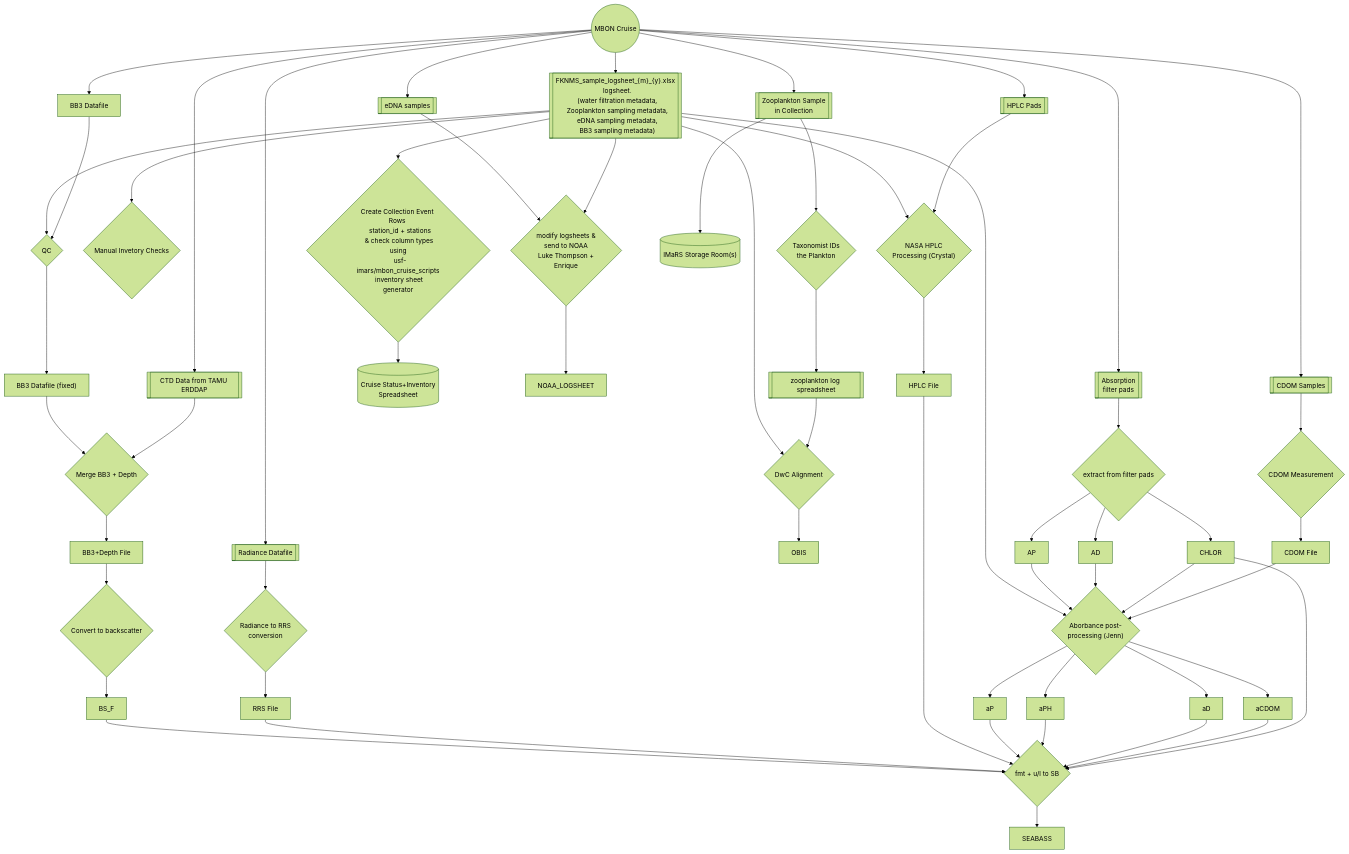
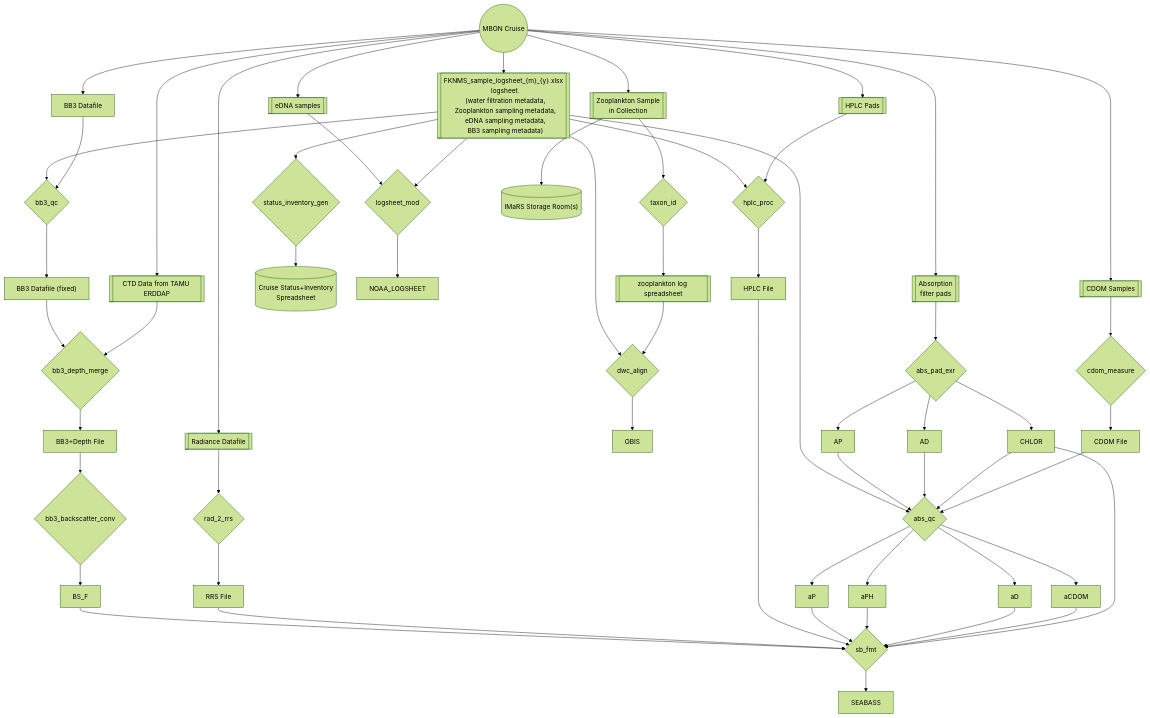
One commit to USF-IMARS/data-docs changed the diagram in raw_data_collection_event_types/MBON_cruises/README.md. Above: the diagram before and after it, drawn with Mermaid (forest theme). The commit also changed other lines of this file, not shown here.

Commit message:
shorten names of processes & + proces descrip table

````diff
--- a/raw_data_collection_event_types/MBON_cruises/README.md
+++ b/raw_data_collection_event_types/MBON_cruises/README.md
@@ -56,76 +56,64 @@
 "]]
 
 %% === inventory pipeline
-LOGSHEET --> ROWS{"
-  Create Collection Event Rows 
-  station_id + stations
-  & check column types using
-  usf-imars/mbon_cruise_scripts
-  inventory sheet generator
-  "}
+LOGSHEET --> ROWS_GEN{status_inventory_gen}
   --> INVENTORY[(Cruise Status+Inventory \n Spreadsheet)]
-LOGSHEET 
-  --> INVENTORY_MANAGE{Manual Invetory Checks}
 
 %% === eDNA pipeline
 eDNA[[eDNA samples]]
---> NOAA{"modify logsheets & 
-  send to NOAA
-  Luke Thompson +
-  Enrique
-"}
+--> NOAA{logsheet_mod}
 --> NOAA_LOGSHEET
 LOGSHEET --> NOAA
 
 %% === BB3 Pipeline
 LOGSHEET --> BB3_QC
-BB3 --> BB3_QC{"QC"}
+BB3 --> BB3_QC{"bb3_qc"}
 --> BB3_FIXED["BB3 Datafile (fixed)"]
---> MERGE_BB3{Merge BB3 + Depth} 
+--> MERGE_BB3{bb3_depth_merge} 
 --> BB3_N_DEPTH["BB3+Depth File"]
 CTD_DEPTH --> MERGE_BB3
 
-BB3_N_DEPTH--> BB3_2_BS{"Convert to backscatter"}
+BB3_N_DEPTH--> BB3_2_BS{"bb3_backscatter_conv"}
 --> BS_F
 --> SB_FMT
 
 %% === reflectance pipeline
 RAD -->
-RAD_CONV{"Radiance to RRS \n conversion"}
+RAD_CONV{"rad_2_rrs"}
 --> RRS_F["RRS File"]
 --> SB_FMT
 
 %% === HPLC pipeline
 LOGSHEET --> NASA
-HPLC --> NASA{"NASA HPLC \n Processing (Crystal)"}
+HPLC --> NASA{hplc_proc}
 NASA --> HPLC_F[HPLC File]
 HPLC_F --> SB_FMT
   --> SEABASS
 
 %% === zooplankton pipeline
-ZOO --> TAXIZE{Taxonomist IDs \n the Plankton}
+ZOO --> TAXIZE{taxon_id}
 TAXIZE --> ZOO_LOG[[zooplankton log spreadsheet]]
 LOGSHEET --> DWC
-ZOO_LOG --> DWC{DwC Alignment}
+ZOO_LOG --> DWC{dwc_align}
 DWC --> OBIS
 ZOO --> STORE[("IMaRS Storage Room(s)")]
 
 %% Absorption filter pad + CDOM pipeline
-PADS --> PAD_EXTRACT{extract from filter pads}
+PADS --> PAD_EXTRACT{abs_pad_exr}
 PAD_EXTRACT --> AP
 PAD_EXTRACT --> AD
 PAD_EXTRACT --> CHLOR
 
 LOGSHEET --> PAD_P
-AP --> PAD_P{"Aborbance post- \n processing (Jenn)"}
+AP --> PAD_P{"abs_qc"}
 AD --> PAD_P
 CHLOR -->PAD_P
 
-CDOM --> CDOM_MEASURE{CDOM Measurement}
+CDOM --> CDOM_MEASURE{cdom_measure}
 CDOM_MEASURE --> CDOM_F[CDOM File]
 --> PAD_P
 
-PAD_P --> aP --> SB_FMT{fmt + u/l to SB}
+PAD_P --> aP --> SB_FMT{sb_fmt}
 PAD_P --> aPH --> SB_FMT
 PAD_P --> aD --> SB_FMT
 
@@ -158,4 +146,5 @@
 %% external links
 click MAP "https://github.com/marinebon/map-of-activities"
 click REGISTER "https://github.com/marinebon/dataset-registry/issues"
+
 ```
````
